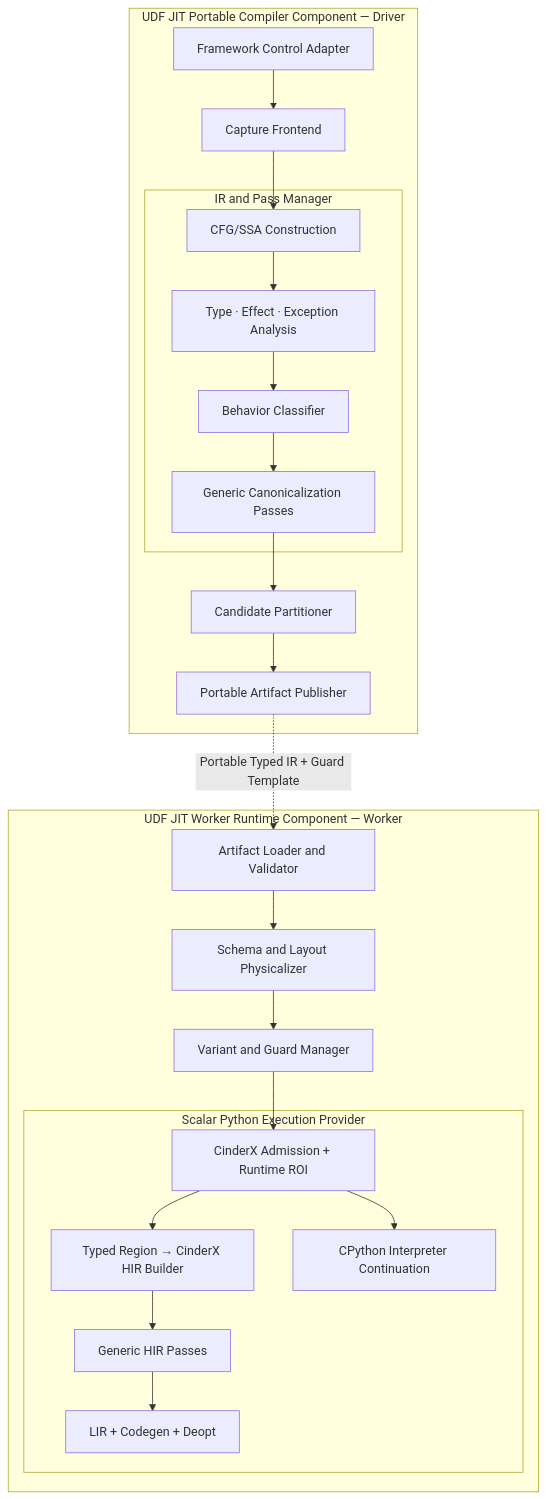
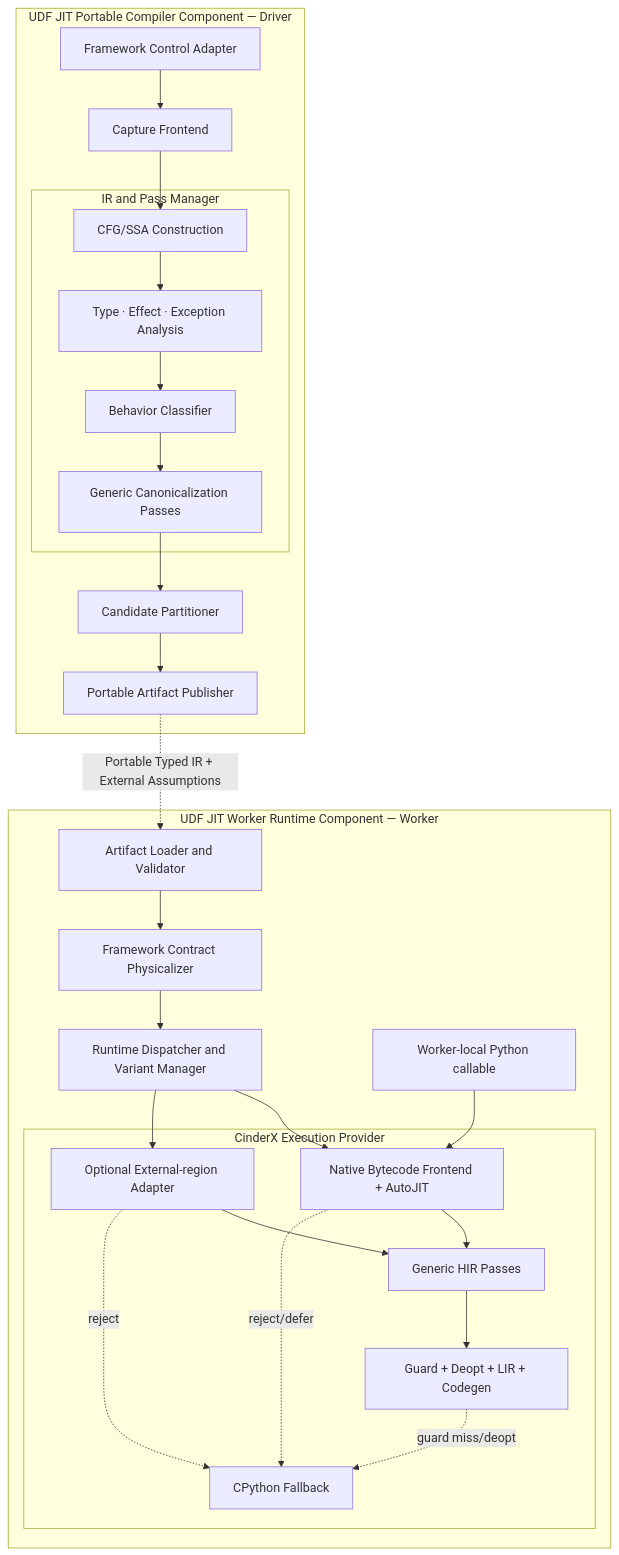
Before and after one commit to 213start/python-udf-jit: the first of 2 diagrams in docs/design/2026-08-03-generic-loop-type-specialization-rfc.md, drawn with Mermaid. The commit also changed other lines of this file and 2 other files, not shown here.

First line of the commit message:
docs(rfc): align provider contracts with ownership model

````diff
--- a/docs/design/2026-08-03-generic-loop-type-specialization-rfc.md
+++ b/docs/design/2026-08-03-generic-loop-type-specialization-rfc.md
@@ -191,34 +195,42 @@
 ```mermaid
-flowchart TB
+graph TB
     subgraph DRIVER["UDF JIT Portable Compiler Component — Driver"]
         FCA["Framework Control Adapter"]
         CF["Capture Frontend"]
         subgraph IRPM["IR and Pass Manager"]
             SSA["CFG/SSA Construction"]
             TA["Type · Effect · Exception Analysis"]
             BP["Behavior Classifier"]
             GP["Generic Canonicalization Passes"]
         end
         CP["Candidate Partitioner"]
         PAP["Portable Artifact Publisher"]
         FCA --> CF --> SSA --> TA --> BP --> GP --> CP --> PAP
     end
 
-    PAP -. "Portable Typed IR + Guard Template" .-> ALV
+    PAP -. "Portable Typed IR + External Assumptions" .-> ALV
 
     subgraph WORKER["UDF JIT Worker Runtime Component — Worker"]
         ALV["Artifact Loader and Validator"]
-        SLP["Schema and Layout Physicalizer"]
-        VGM["Variant and Guard Manager"]
-        subgraph SPEP["Scalar Python Execution Provider"]
-            ADMIT["CinderX Admission + Runtime ROI"]
-            HB["Typed Region → CinderX HIR Builder"]
+        SLP["Framework Contract Physicalizer"]
+        VGM["Runtime Dispatcher and Variant Manager"]
+        CALLABLE["Worker-local Python callable"]
+        subgraph SPEP["CinderX Execution Provider"]
+            NF["Native Bytecode Frontend + AutoJIT"]
+            EXT["Optional External-region Adapter"]
             HP["Generic HIR Passes"]
-            LC["LIR + Codegen + Deopt"]
-            PY["CPython Interpreter Continuation"]
-            ADMIT --> HB --> HP --> LC
-            ADMIT --> PY
+            LC["Guard + Deopt + LIR + Codegen"]
+            PY["CPython Fallback"]
+            NF --> HP
+            EXT --> HP
+            HP --> LC
+            NF -. "reject/defer" .-> PY
+            EXT -. "reject" .-> PY
+            LC -. "guard miss/deopt" .-> PY
         end
-        ALV --> SLP --> VGM --> ADMIT
+        ALV --> SLP --> VGM
+        VGM --> NF
+        VGM --> EXT
+        CALLABLE --> NF
     end
 ```
````
